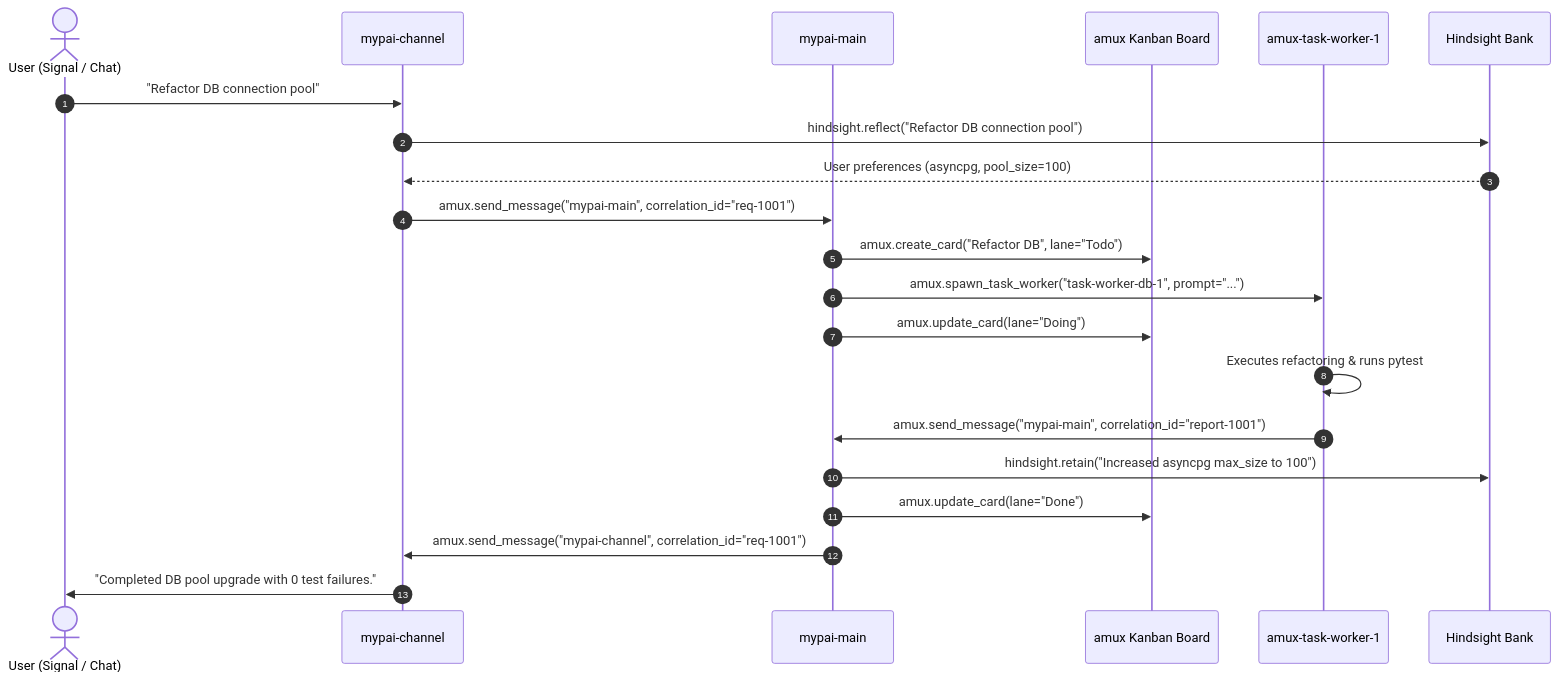
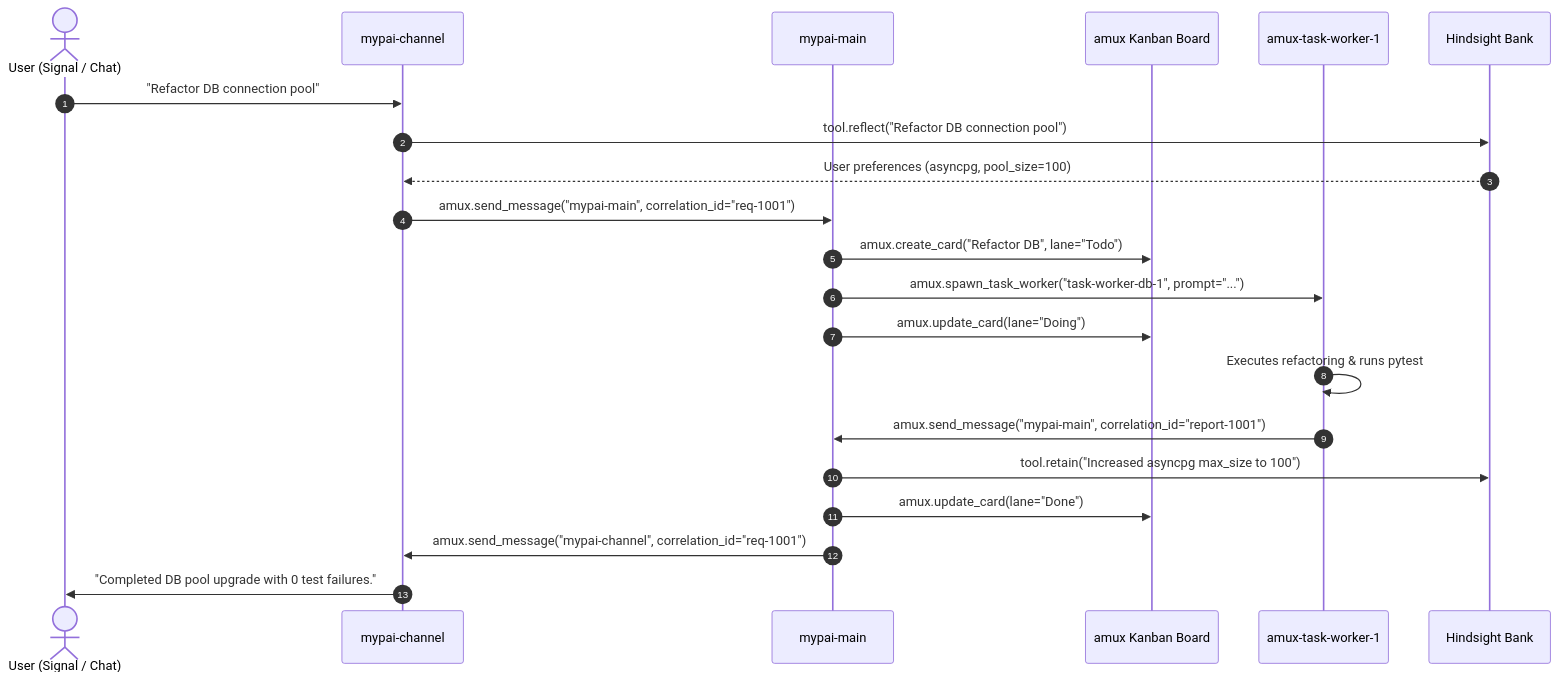
One commit to wuxxin/mypai changed the second of 2 diagrams in references/mypai-test.md. Above: the diagram before and after it, drawn with Mermaid. The commit also changed 4 other files, not shown here.

Commit message:
refactor(commands): replace hindsight client calls with native in-process tool calls on session default bank

````diff
--- a/references/mypai-test.md
+++ b/references/mypai-test.md
@@ -119,27 +119,27 @@
 ```mermaid
 sequenceDiagram
     autonumber
     actor User as User (Signal / Chat)
     participant Channel as mypai-channel
     participant Main as mypai-main
     participant Board as amux Kanban Board
     participant Worker as amux-task-worker-1
     participant Memory as Hindsight Bank
 
     User->>Channel: "Refactor DB connection pool"
-    Channel->>Memory: hindsight.reflect("Refactor DB connection pool")
+    Channel->>Memory: tool.reflect("Refactor DB connection pool")
     Memory-->>Channel: User preferences (asyncpg, pool_size=100)
     Channel->>Main: amux.send_message("mypai-main", correlation_id="req-1001")
     
     Main->>Board: amux.create_card("Refactor DB", lane="Todo")
     Main->>Worker: amux.spawn_task_worker("task-worker-db-1", prompt="...")
     Main->>Board: amux.update_card(lane="Doing")
     
     Worker->>Worker: Executes refactoring & runs pytest
     Worker->>Main: amux.send_message("mypai-main", correlation_id="report-1001")
     
-    Main->>Memory: hindsight.retain("Increased asyncpg max_size to 100")
+    Main->>Memory: tool.retain("Increased asyncpg max_size to 100")
     Main->>Board: amux.update_card(lane="Done")
     Main->>Channel: amux.send_message("mypai-channel", correlation_id="req-1001")
     Channel->>User: "Completed DB pool upgrade with 0 test failures."
 ```
````
